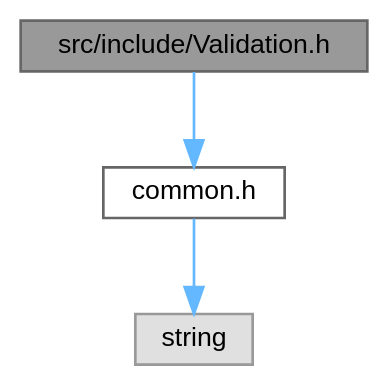
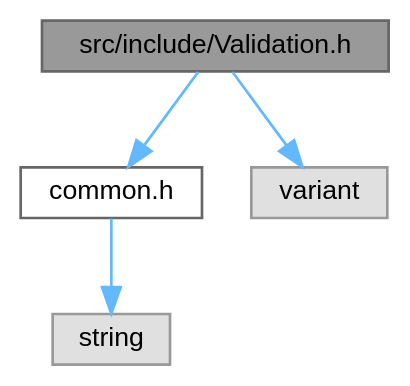
Before and after one commit to Dio720/Battleship-Puzzle-Game-Generator-docs: the diagram in docs/_validation_8h__incl.dot, drawn with Graphviz. The commit also changed 15 other files, not shown here.

```diff
--- a/docs/_validation_8h__incl.dot
+++ b/docs/_validation_8h__incl.dot
@@ -1,12 +1,14 @@
 digraph "src/include/Validation.h"
 {
  // LATEX_PDF_SIZE
   bgcolor="transparent";
   edge [fontname=Helvetica,fontsize=10,labelfontname=Helvetica,labelfontsize=10];
   node [fontname=Helvetica,fontsize=10,shape=box,height=0.2,width=0.4];
   Node1 [id="Node000001",label="src/include/Validation.h",height=0.2,width=0.4,color="gray40", fillcolor="grey60", style="filled", fontcolor="black",tooltip=" "];
   Node1 -> Node2 [id="edge1_Node000001_Node000002",color="steelblue1",style="solid",tooltip=" "];
   Node2 [id="Node000002",label="common.h",height=0.2,width=0.4,color="grey40", fillcolor="white", style="filled",URL="$common_8h.html",tooltip=" "];
   Node2 -> Node3 [id="edge2_Node000002_Node000003",color="steelblue1",style="solid",tooltip=" "];
   Node3 [id="Node000003",label="string",height=0.2,width=0.4,color="grey60", fillcolor="#E0E0E0", style="filled",tooltip=" "];
+  Node1 -> Node4 [id="edge3_Node000001_Node000004",color="steelblue1",style="solid",tooltip=" "];
+  Node4 [id="Node000004",label="variant",height=0.2,width=0.4,color="grey60", fillcolor="#E0E0E0", style="filled",tooltip=" "];
 }
```
